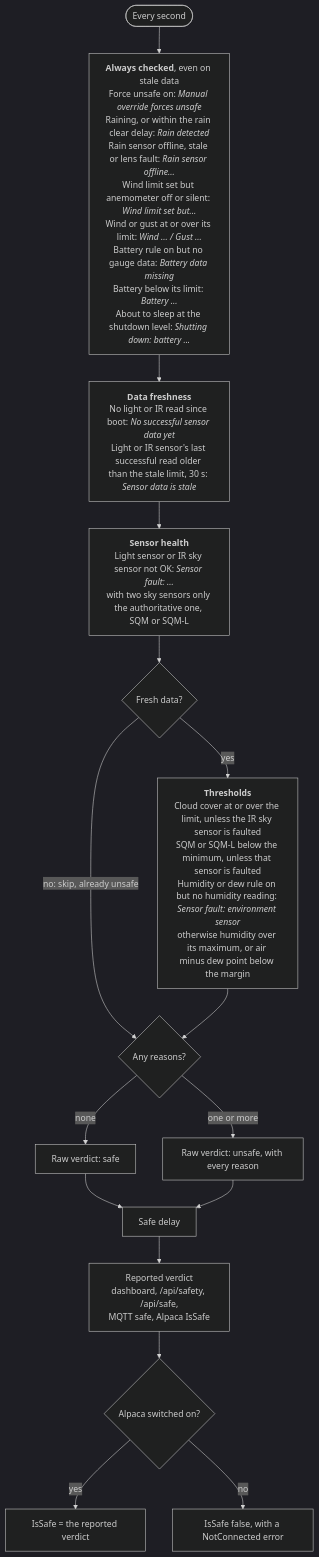
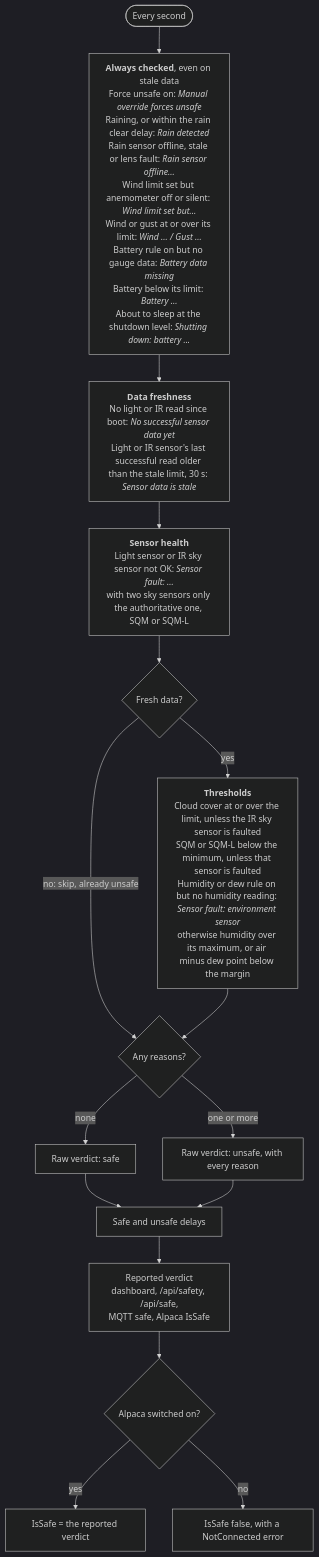
One commit to DeanJ87/SQMeter changed the second of 3 diagrams in docs/user-guide/alpaca.md. Above: the diagram before and after it, drawn with Mermaid (dark theme). The commit also changed other lines of this file and 57 other files, not shown here.

First line of the commit message:
Add an unsafe delay to the SafetyMonitor

````diff
--- a/docs/user-guide/alpaca.md
+++ b/docs/user-guide/alpaca.md
@@ -149,21 +149,21 @@
 ```mermaid
 flowchart TB
     accTitle: How the safety verdict is decided
-    accDescr: Every second all enabled rules are checked and each failing rule adds a reason. Rain, wind and battery are always checked, then data freshness and sensor health; the threshold rules only run on fresh data. Any reason makes the raw verdict unsafe, which then passes through the safe delay.
+    accDescr: Every second all enabled rules are checked and each failing rule adds a reason. Rain, wind and battery are always checked, then data freshness and sensor health; the threshold rules only run on fresh data. Any reason makes the raw verdict unsafe, which then passes through the safe and unsafe delays.
     START(["Every second"]) --> ALWAYS
     ALWAYS["<b>Always checked</b>, even on stale data<br/>Force unsafe on: <i>Manual override forces unsafe</i><br/>Raining, or within the rain clear delay: <i>Rain detected</i><br/>Rain sensor offline, stale or lens fault: <i>Rain sensor offline...</i><br/>Wind limit set but anemometer off or silent: <i>Wind limit set but...</i><br/>Wind or gust at or over its limit: <i>Wind ... / Gust ...</i><br/>Battery rule on but no gauge data: <i>Battery data missing</i><br/>Battery below its limit: <i>Battery ...</i><br/>About to sleep at the shutdown level: <i>Shutting down: battery ...</i>"]
     ALWAYS --> FRESHNESS["<b>Data freshness</b><br/>No light or IR read since boot: <i>No successful sensor data yet</i><br/>Light or IR sensor's last successful read older than the stale limit, 30 s: <i>Sensor data is stale</i>"]
     FRESHNESS --> HEALTH["<b>Sensor health</b><br/>Light sensor or IR sky sensor not OK: <i>Sensor fault: ...</i><br/>with two sky sensors only the authoritative one, SQM or SQM-L"]
     HEALTH --> FRESH{"Fresh data?"}
     FRESH -->|yes| THRESHOLDS["<b>Thresholds</b><br/>Cloud cover at or over the limit, unless the IR sky sensor is faulted<br/>SQM or SQM-L below the minimum, unless that sensor is faulted<br/>Humidity or dew rule on but no humidity reading: <i>Sensor fault: environment sensor</i><br/>otherwise humidity over its maximum, or air minus dew point below the margin"]
     FRESH -->|"no: skip, already unsafe"| ANY
     THRESHOLDS --> ANY{"Any reasons?"}
     ANY -->|none| RAWSAFE["Raw verdict: safe"]
     ANY -->|one or more| RAWUNSAFE["Raw verdict: unsafe, with every reason"]
-    RAWSAFE --> DELAY["Safe delay"]
+    RAWSAFE --> DELAY["Safe and unsafe delays"]
     RAWUNSAFE --> DELAY
     DELAY --> REPORTED["Reported verdict<br/>dashboard, /api/safety, /api/safe,<br/>MQTT safe, Alpaca IsSafe"]
     REPORTED --> ALPACA{"Alpaca switched on?"}
     ALPACA -->|yes| ISSAFE["IsSafe = the reported verdict"]
     ALPACA -->|no| NOTCONNECTED["IsSafe false, with a NotConnected error"]
 ```
````
